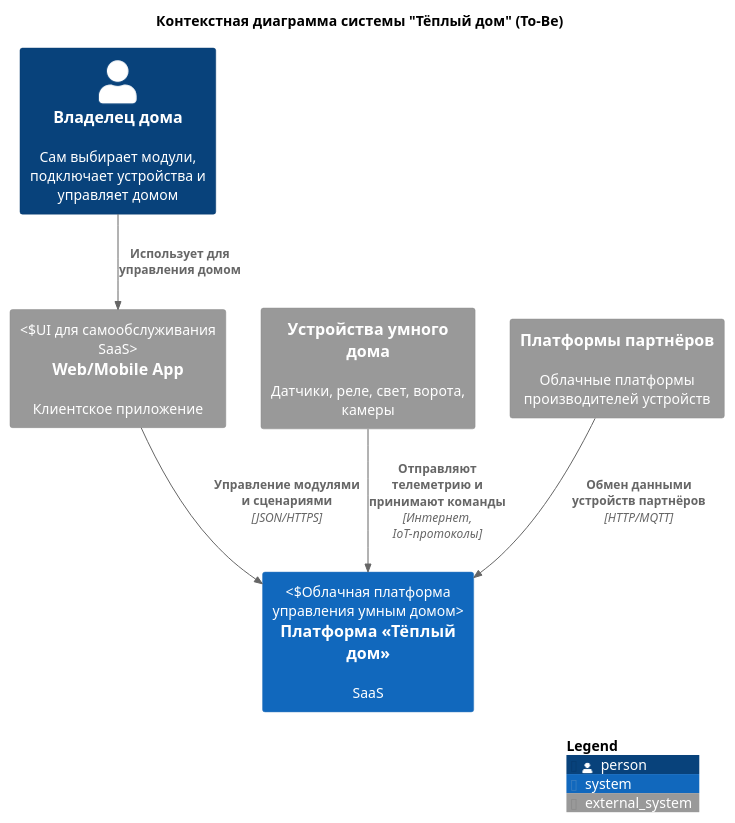
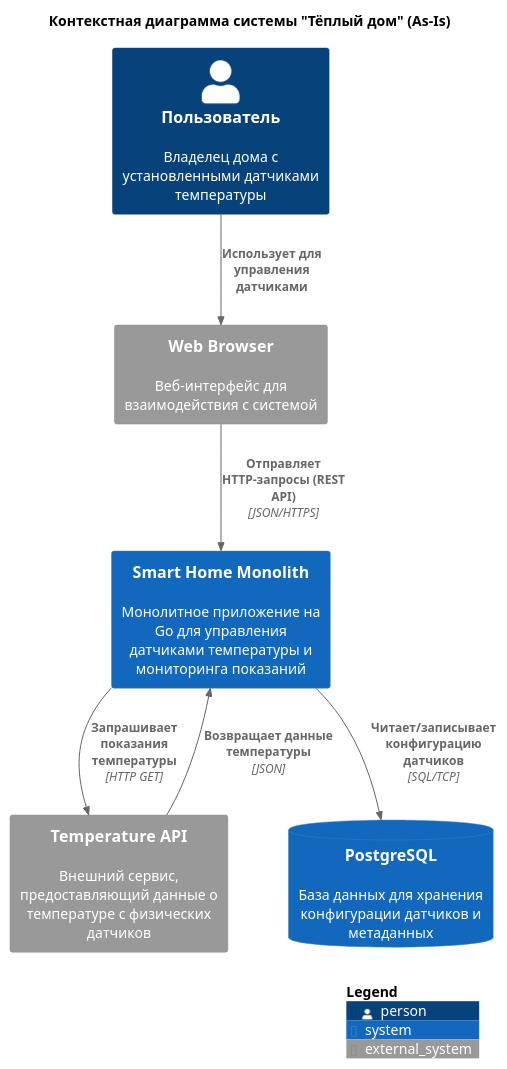
One commit to astandrik/architecture-pro-warmhouse changed the diagram in schemas/to-be/context/Context_diagram.puml. Above: the diagram before and after it, drawn with PlantUML. The commit also changed 9 other files, not shown here.

```diff
--- a/schemas/to-be/context/Context_diagram.puml
+++ b/schemas/to-be/context/Context_diagram.puml
@@ -1,25 +1,25 @@
 @startuml C4_Context
 !include <C4/C4_Context>
 
 LAYOUT_WITH_LEGEND()
 
-title Контекстная диаграмма системы "Тёплый дом" (To-Be)
+title Контекстная диаграмма системы "Тёплый дом" (As-Is)
 
-Person(user, "Владелец дома", "Сам выбирает модули, подключает устройства и управляет домом")
+Person(user, "Пользователь", "Владелец дома с установленными датчиками температуры")
 
-System_Ext(webapp, "Web/Mobile App", "Клиентское приложение", "UI для самообслуживания SaaS")
+System(smarthome_monolith, "Smart Home Monolith", "Монолитное приложение на Go для управления датчиками температуры и мониторинга показаний")
 
-System(smarthome_saas, "Платформа «Тёплый дом»", "SaaS", "Облачная платформа управления умным домом")
+System_Ext(temperature_api, "Temperature API", "Внешний сервис, предоставляющий данные о температуре с физических датчиков")
 
-System_Ext(devices, "Устройства умного дома", "Датчики, реле, свет, ворота, камеры")
+System_Ext(web_browser, "Web Browser", "Веб-интерфейс для взаимодействия с системой")
 
-System_Ext(partner_clouds, "Платформы партнёров", "Облачные платформы производителей устройств")
+SystemDb(postgres, "PostgreSQL", "База данных для хранения конфигурации датчиков и метаданных")
 
-Rel(user, webapp, "Использует для управления домом")
-Rel(webapp, smarthome_saas, "Управление модулями и сценариями", "JSON/HTTPS")
-
-Rel(devices, smarthome_saas, "Отправляют телеметрию и принимают команды", "Интернет, IoT-протоколы")
-Rel(partner_clouds, smarthome_saas, "Обмен данными устройств партнёров", "HTTP/MQTT")
+Rel(user, web_browser, "Использует для управления датчиками")
+Rel(web_browser, smarthome_monolith, "Отправляет HTTP-запросы (REST API)", "JSON/HTTPS")
+Rel(smarthome_monolith, postgres, "Читает/записывает конфигурацию датчиков", "SQL/TCP")
+Rel(smarthome_monolith, temperature_api, "Запрашивает показания температуры", "HTTP GET")
+Rel(temperature_api, smarthome_monolith, "Возвращает данные температуры", "JSON")
 
 SHOW_LEGEND()
 @enduml
```
